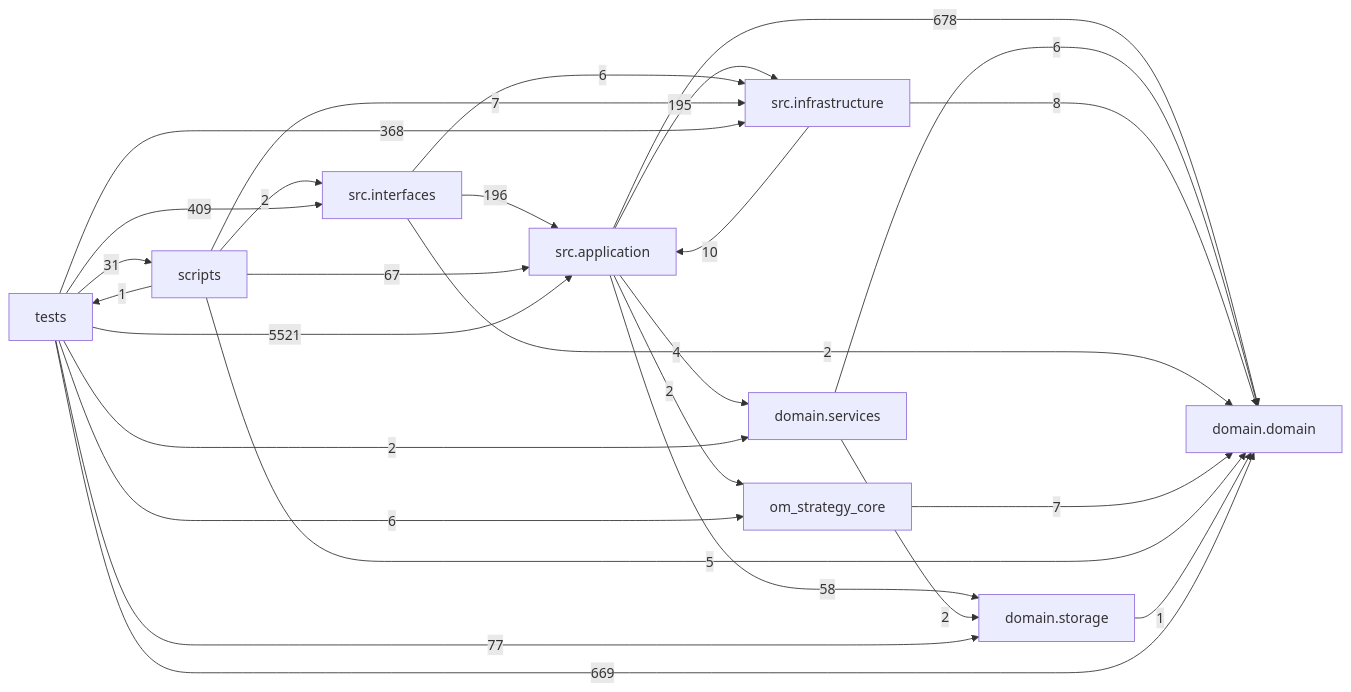
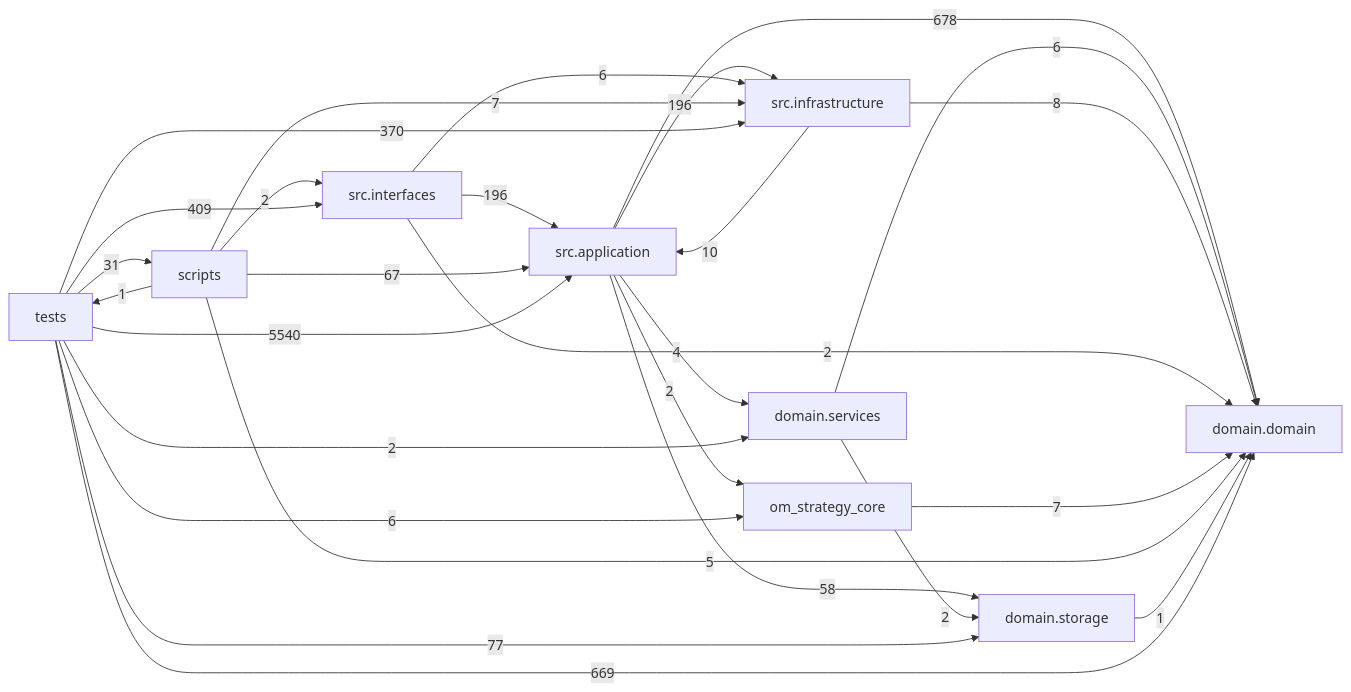
Before and after one commit to liuxie066/options-monitor: the diagram in docs/DEPENDENCY_GRAPH.md, drawn with Mermaid. The commit also changed other lines of this file and 20 other files, not shown here.

````diff
--- a/docs/DEPENDENCY_GRAPH.md
+++ b/docs/DEPENDENCY_GRAPH.md
@@ -24,38 +24,38 @@
 ```mermaid
 flowchart LR
   tests["tests"]
   scripts["scripts"]
   interfaces["src.interfaces"]
   application["src.application"]
   infrastructure["src.infrastructure"]
   domain_services["domain.services"]
   domain["domain.domain"]
   storage["domain.storage"]
   application -->|678| domain
   application -->|4| domain_services
-  application -->|195| infrastructure
+  application -->|196| infrastructure
   application -->|2| om_strategy_core
   application -->|58| storage
   domain_services -->|6| domain
   domain_services -->|2| storage
   infrastructure -->|10| application
   infrastructure -->|8| domain
   interfaces -->|196| application
   interfaces -->|2| domain
   interfaces -->|6| infrastructure
   om_strategy_core -->|7| domain
   scripts -->|67| application
   scripts -->|5| domain
   scripts -->|7| infrastructure
   scripts -->|2| interfaces
   scripts -->|1| tests
   storage -->|1| domain
-  tests -->|5521| application
+  tests -->|5540| application
   tests -->|669| domain
   tests -->|2| domain_services
-  tests -->|368| infrastructure
+  tests -->|370| infrastructure
   tests -->|409| interfaces
   tests -->|6| om_strategy_core
   tests -->|31| scripts
   tests -->|77| storage
 ```
````
